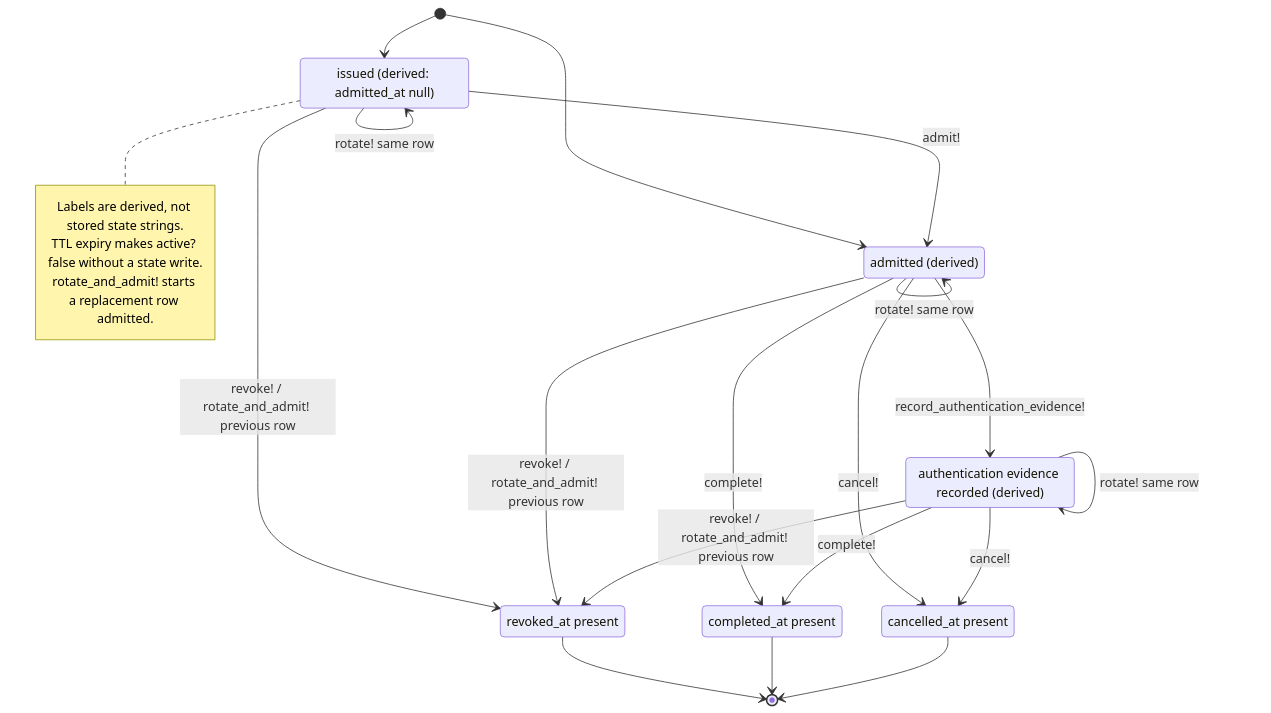
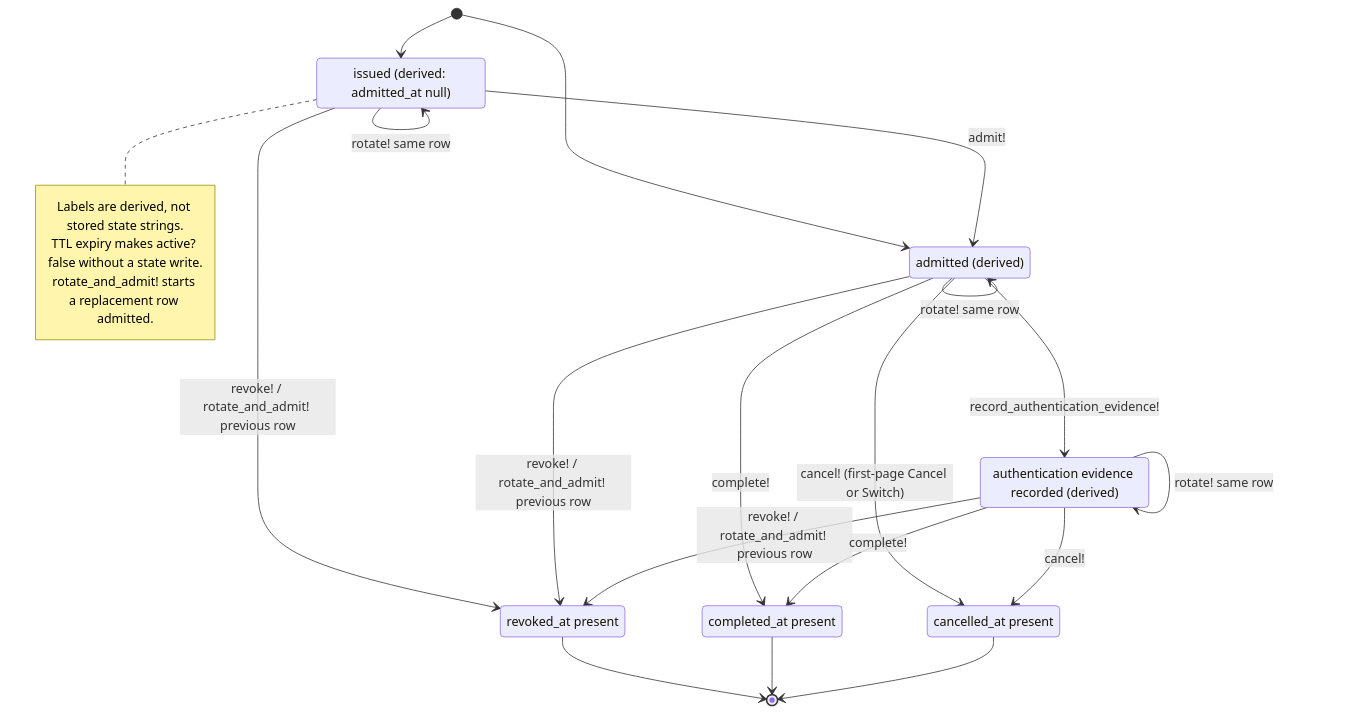
Before and after one commit to seahal/umaxica-apps-jit-global: the diagram in docs/mermaid/idp-client-auth-ceremony-session.mmd, drawn with Mermaid. The commit also changed 244 other files, not shown here.

```diff
--- a/docs/mermaid/idp-client-auth-ceremony-session.mmd
+++ b/docs/mermaid/idp-client-auth-ceremony-session.mmd
@@ -1,30 +1,30 @@
 stateDiagram-v2
     %% CURRENT implementation; sources and guards in transition inventory.
     state "issued (derived: admitted_at null)" as issued
     state "admitted (derived)" as admitted
     state "authentication evidence recorded (derived)" as evidence
     state "revoked_at present" as revoked
     state "completed_at present" as completed
     state "cancelled_at present" as cancelled
     [*] --> issued
     [*] --> admitted
     issued --> admitted: admit!
     admitted --> evidence: record_authentication_evidence!
     issued --> revoked: revoke! / rotate_and_admit! previous row
     issued --> issued: rotate! same row
     admitted --> revoked: revoke! / rotate_and_admit! previous row
     admitted --> admitted: rotate! same row
     evidence --> revoked: revoke! / rotate_and_admit! previous row
     evidence --> evidence: rotate! same row
     admitted --> completed: complete!
-    admitted --> cancelled: cancel!
+    admitted --> cancelled: cancel! (first-page Cancel or Switch)
     evidence --> completed: complete!
     evidence --> cancelled: cancel!
     revoked --> [*]
     completed --> [*]
     cancelled --> [*]
     note right of issued
         Labels are derived, not stored state strings.
         TTL expiry makes active? false without a state write.
         rotate_and_admit! starts a replacement row admitted.
     end note
```
